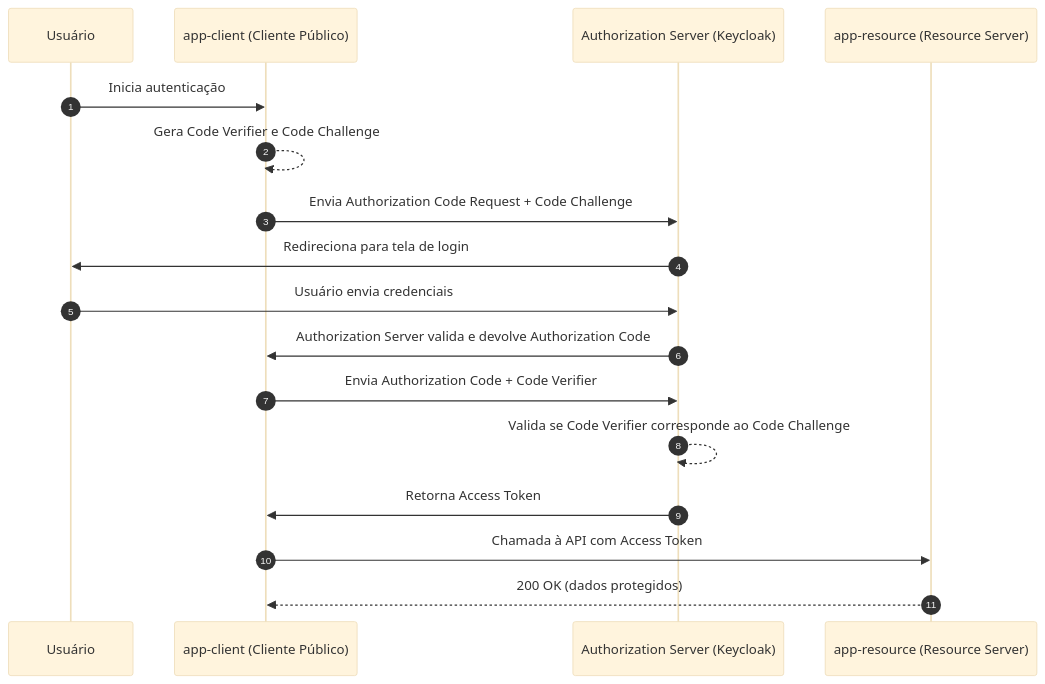
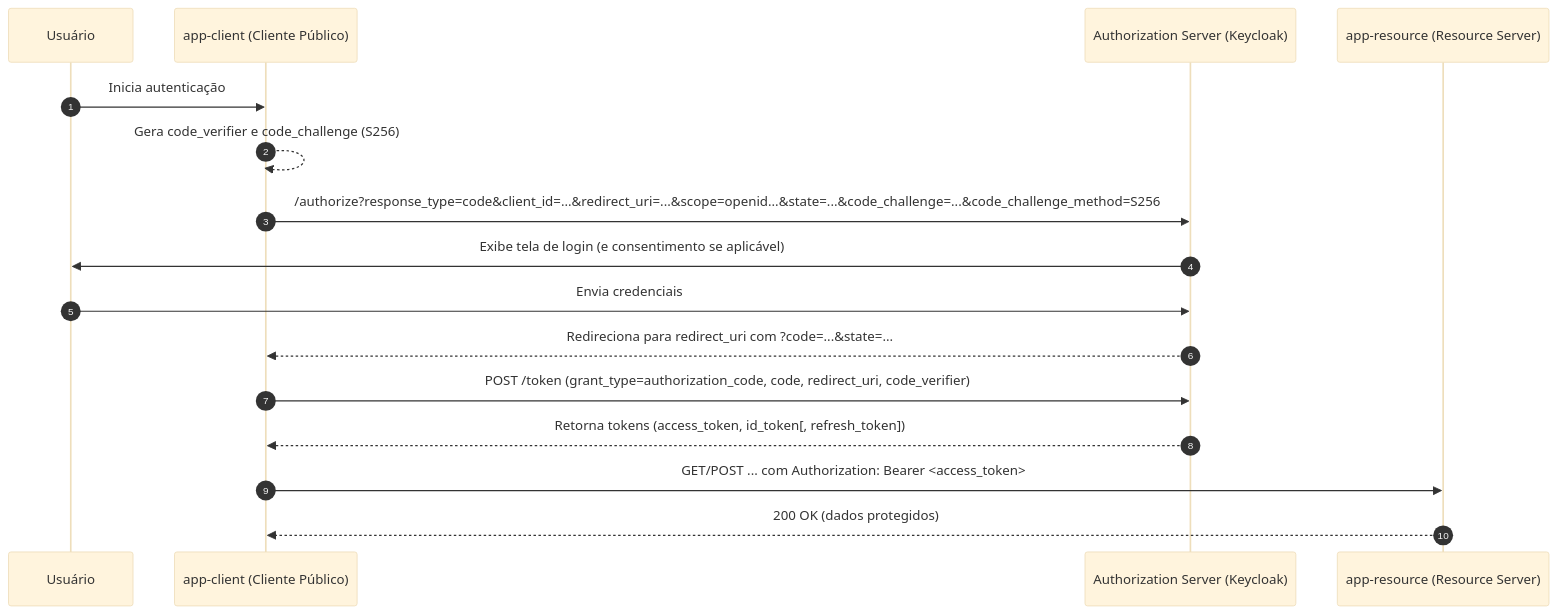
The diagram in README.md (ramiralvesmelo/code-flow-pkce), drawn with Mermaid (base theme) before and after one commit. The commit also changed other lines of this file, not shown here.

````diff
--- a/README.md
+++ b/README.md
@@ -17,20 +17,19 @@
 ```mermaid
 sequenceDiagram
   autonumber
   participant U as Usuário
   participant C as app-client (Cliente Público)
   participant AS as Authorization Server (Keycloak)
   participant R as app-resource (Resource Server)
 
   U->>C: Inicia autenticação
-  C-->>C: Gera Code Verifier e Code Challenge
-  C->>AS: Envia Authorization Code Request + Code Challenge
-  AS->>U: Redireciona para tela de login
-  U->>AS: Usuário envia credenciais
-  AS->>C: Authorization Server valida e devolve Authorization Code
-  C->>AS: Envia Authorization Code + Code Verifier
-  AS-->>AS: Valida se Code Verifier corresponde ao Code Challenge
-  AS->>C: Retorna Access Token
-  C->>R: Chamada à API com Access Token
+  C-->>C: Gera code_verifier e code_challenge (S256)
+  C->>AS: /authorize?response_type=code&client_id=...&redirect_uri=...&scope=openid...&state=...&code_challenge=...&code_challenge_method=S256
+  AS->>U: Exibe tela de login (e consentimento se aplicável)
+  U->>AS: Envia credenciais
+  AS-->>C: Redireciona para redirect_uri com ?code=...&state=...
+  C->>AS: POST /token (grant_type=authorization_code, code, redirect_uri, code_verifier)
+  AS-->>C: Retorna tokens (access_token, id_token[, refresh_token])
+  C->>R: GET/POST ... com Authorization: Bearer <access_token>
   R-->>C: 200 OK (dados protegidos)
 ```
````
